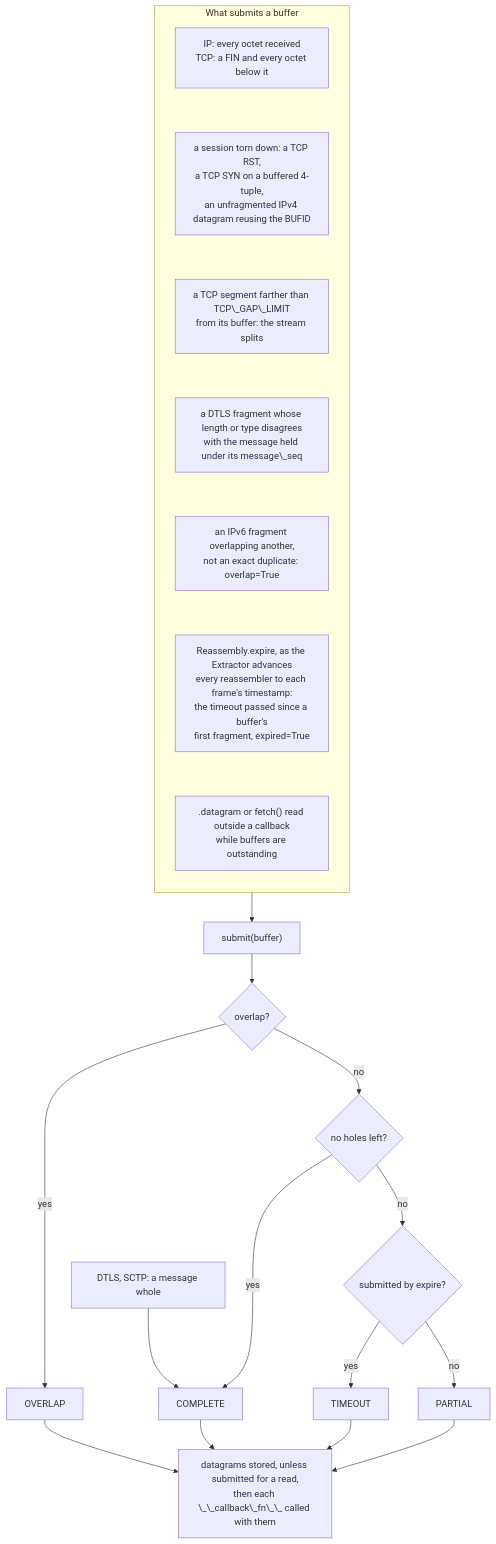
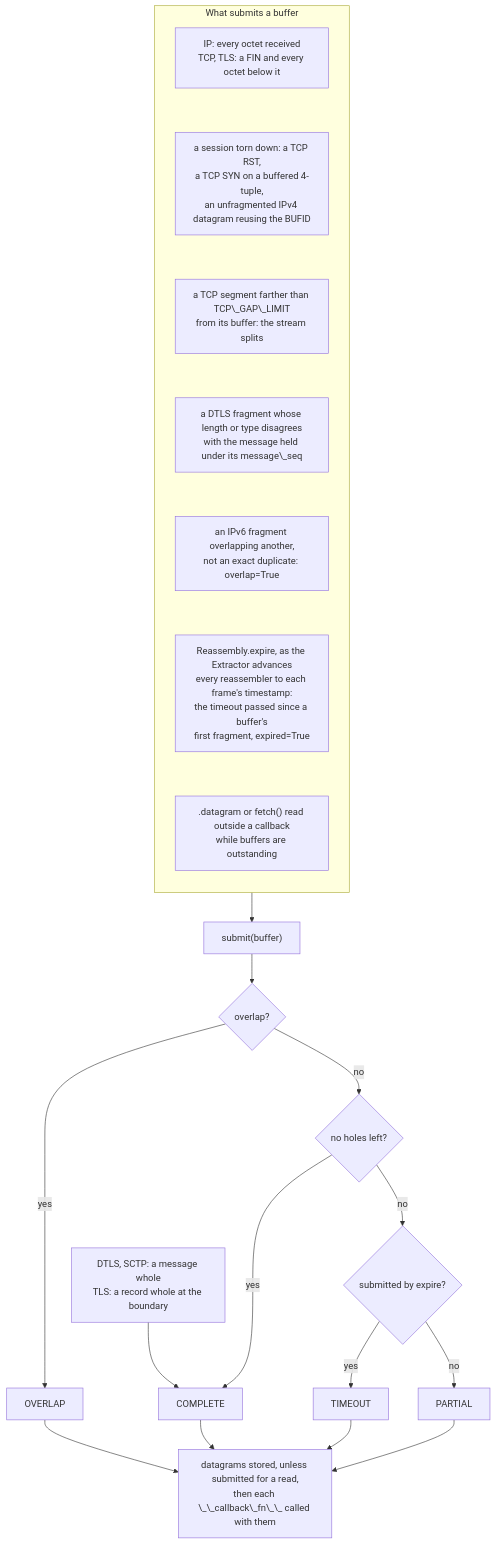
One commit to JarryShaw/PyPCAPKit changed the second of 2 diagrams in docs/source/pcapkit/foundation/reassembly/index.rst. Above: the diagram before and after it, drawn with Mermaid. The commit also changed other lines of this file and 56 other files, not shown here.

```diff
--- a/docs/source/pcapkit/foundation/reassembly/index.rst
+++ b/docs/source/pcapkit/foundation/reassembly/index.rst
@@ -81,43 +83,43 @@
 .. mermaid::
 
    flowchart TD
        subgraph trig ["What submits a buffer"]
            direction TB
-           T1["IP: every octet received<br/>TCP: a FIN and every octet below it"]
+           T1["IP: every octet received<br/>TCP, TLS: a FIN and every octet below it"]
            T2["a session torn down: a TCP RST,<br/>a TCP SYN on a buffered 4-tuple,<br/>an unfragmented IPv4 datagram reusing the BUFID"]
            T3["a TCP segment farther than TCP\_GAP\_LIMIT<br/>from its buffer: the stream splits"]
            T4["a DTLS fragment whose length or type disagrees<br/>with the message held under its message\_seq"]
            T5["an IPv6 fragment overlapping another,<br/>not an exact duplicate: overlap=True"]
            T6["Reassembly.expire, as the Extractor advances<br/>every reassembler to each frame's timestamp:<br/>the timeout passed since a buffer's<br/>first fragment, expired=True"]
            T7[".datagram or fetch() read outside a callback<br/>while buffers are outstanding"]
            T1 ~~~ T2 ~~~ T3 ~~~ T4 ~~~ T5 ~~~ T6 ~~~ T7
        end
-       T1D["DTLS, SCTP: a message whole"]
+       T1D["DTLS, SCTP: a message whole<br/>TLS: a record whole at the boundary"]
        SUB["submit(buffer)"]
        Q1{"overlap?"}
        Q2{"no holes left?"}
        Q3{"submitted by expire?"}
        OV["OVERLAP"]
        CO["COMPLETE"]
        TO["TIMEOUT"]
        PA["PARTIAL"]
        CB["datagrams stored, unless submitted for a read,<br/>then each \_\_callback\_fn\_\_ called with them"]
 
        trig --> SUB
        T1D --> CO
        SUB --> Q1
        Q1 -->|yes| OV
        Q1 -->|no| Q2
        Q2 -->|yes| CO
        Q2 -->|no| Q3
        Q3 -->|yes| TO
        Q3 -->|no| PA
        OV & CO & TO & PA --> CB
 
        click SUB "reassembly.html#pcapkit.foundation.reassembly.reassembly.Reassembly.submit"
        click T6 "reassembly.html#pcapkit.foundation.reassembly.reassembly.Reassembly.expire"
        click T7 "reassembly.html#pcapkit.foundation.reassembly.reassembly.Reassembly.fetch"
        click OV "index.html#pcapkit.foundation.reassembly.data.Completion.OVERLAP"
        click CO "index.html#pcapkit.foundation.reassembly.data.Completion.COMPLETE"
        click TO "index.html#pcapkit.foundation.reassembly.data.Completion.TIMEOUT"
        click PA "index.html#pcapkit.foundation.reassembly.data.Completion.PARTIAL"
```
